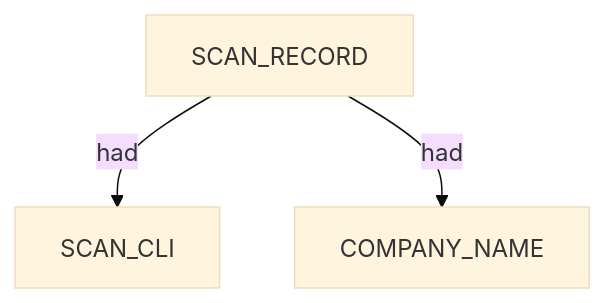
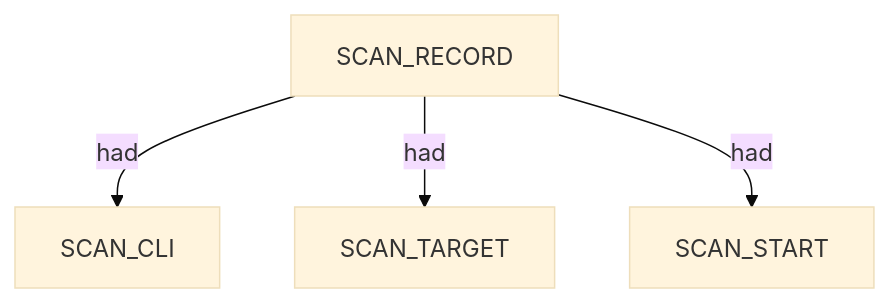
The first of 3 diagrams in .docs/docs-for-cli-tools/nugget_structure/pius_nugget_graph_structure.md (brettforbes/spiderfeet), drawn with Mermaid (base theme) before and after one commit. The commit also changed other lines of this file and 56 other files, not shown here.

````diff
--- a/.docs/docs-for-cli-tools/nugget_structure/pius_nugget_graph_structure.md
+++ b/.docs/docs-for-cli-tools/nugget_structure/pius_nugget_graph_structure.md
@@ -30,8 +15,10 @@
 ```mermaid
 flowchart TD
-  scan["SCAN_RECORD"]
-  cli["SCAN_CLI"]
-  org["COMPANY_NAME"]
-  scan -->|had| cli
-  scan -->|had| org
+  scan_record_1["SCAN_RECORD"]
+  scan_cli_2["SCAN_CLI"]
+  scan_target_3["SCAN_TARGET"]
+  scan_start_4["SCAN_START"]
+  scan_record_1 -->|had| scan_cli_2
+  scan_record_1 -->|had| scan_target_3
+  scan_record_1 -->|had| scan_start_4
 ```
````
